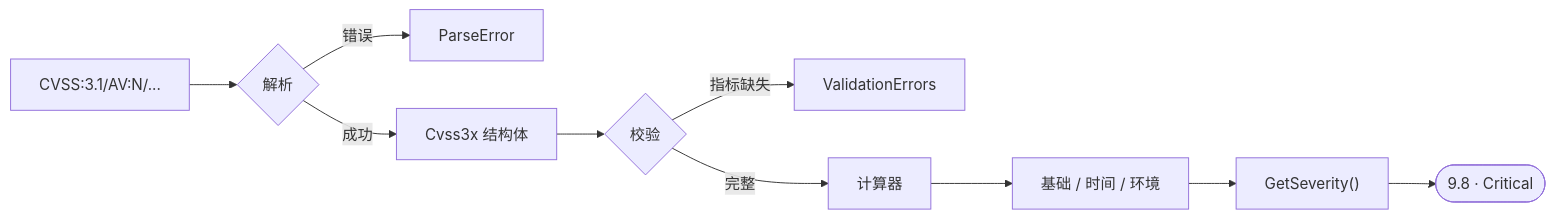
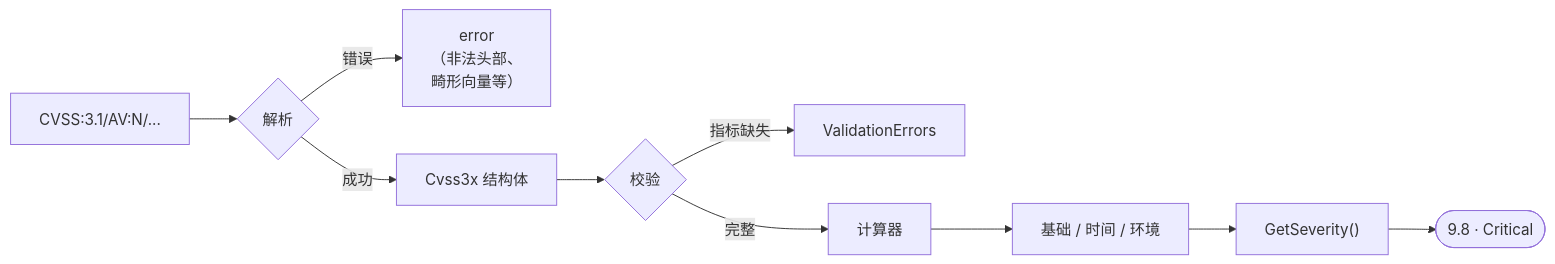
The second of 3 diagrams in README_zh.md (scagogogo/cvss-skills), drawn with Mermaid before and after one commit. The commit also changed other lines of this file and 1 other file, not shown here.

First line of the commit message:
docs: apply ParseError and slash-command fixes to READMEs too

````diff
--- a/README_zh.md
+++ b/README_zh.md
@@ -84,12 +84,12 @@
 ```mermaid
 flowchart LR
     A["CVSS:3.1/AV:N/..."] --> B{解析}
-    B -->|错误| E1["ParseError"]
+    B -->|错误| E1["error<br/>（非法头部、<br/>畸形向量等）"]
     B -->|成功| C["Cvss3x 结构体"]
     C --> D{校验}
     D -->|指标缺失| E2["ValidationErrors"]
     D -->|完整| F["计算器"]
     F --> G["基础 / 时间 / 环境"]
     G --> H["GetSeverity()"]
     H --> K(["9.8 · Critical"])
 ```
````
